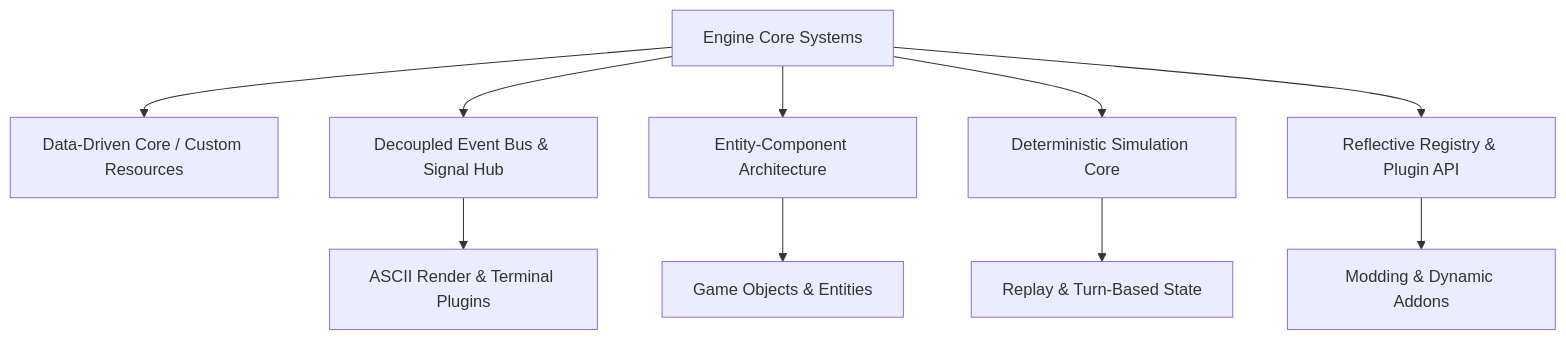
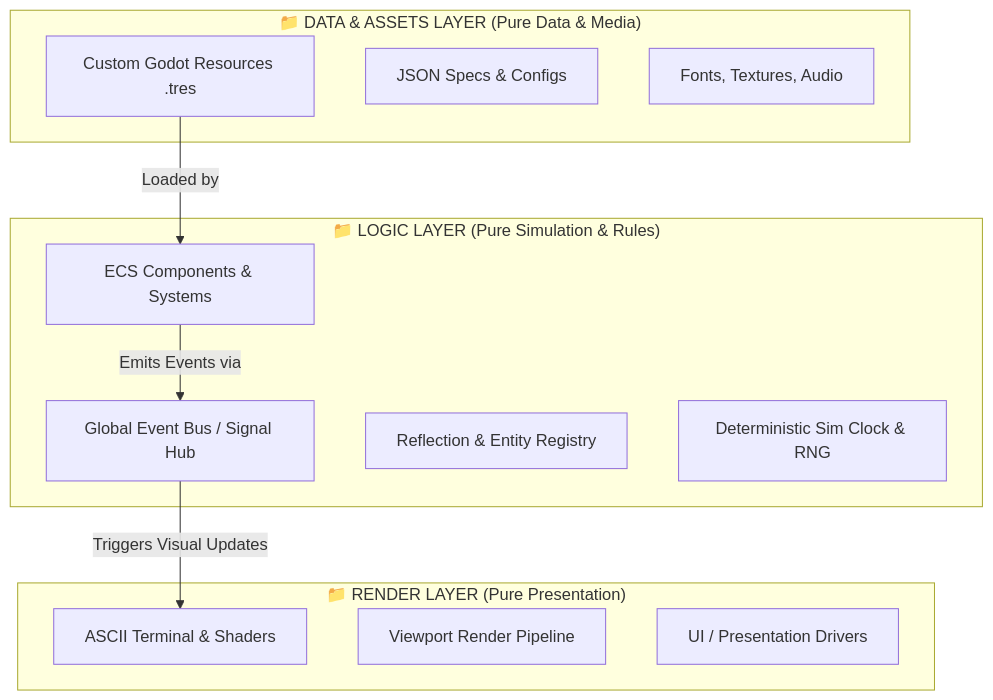
Before and after one commit to DJaremko1982/ascii-midnight-citadel-engine: the diagram in docs/architecture_blueprint.md, drawn with Mermaid. The commit also changed other lines of this file and 3 other files, not shown here.

Commit message:
Refactor directory layout for strict Assets/Data, Logic, and Render separation

````diff
--- a/docs/architecture_blueprint.md
+++ b/docs/architecture_blueprint.md
@@ -9,13 +9,25 @@
 ```mermaid
 graph TD
-    A[Engine Core Systems] --> B[Data-Driven Core / Custom Resources]
-    A --> C[Decoupled Event Bus & Signal Hub]
-    A --> D[Entity-Component Architecture]
-    A --> E[Deterministic Simulation Core]
-    A --> F[Reflective Registry & Plugin API]
-    
-    C --> G[ASCII Render & Terminal Plugins]
-    D --> H[Game Objects & Entities]
-    E --> I[Replay & Turn-Based State]
-    F --> J[Modding & Dynamic Addons]
+    subgraph Data & Assets Layer ["📁 DATA & ASSETS LAYER (Pure Data & Media)"]
+        A1[Custom Godot Resources .tres]
+        A2[JSON Specs & Configs]
+        A3[Fonts, Textures, Audio]
+    end
+
+    subgraph Logic Layer ["📁 LOGIC LAYER (Pure Simulation & Rules)"]
+        L1[Global Event Bus / Signal Hub]
+        L2[Reflection & Entity Registry]
+        L3[Deterministic Sim Clock & RNG]
+        L4[ECS Components & Systems]
+    end
+
+    subgraph Render Layer ["📁 RENDER LAYER (Pure Presentation)"]
+        R1[ASCII Terminal & Shaders]
+        R2[Viewport Render Pipeline]
+        R3[UI / Presentation Drivers]
+    end
+
+    A1 -->|Loaded by| L4
+    L4 -->|Emits Events via| L1
+    L1 -->|Triggers Visual Updates| R1
 ```
````
